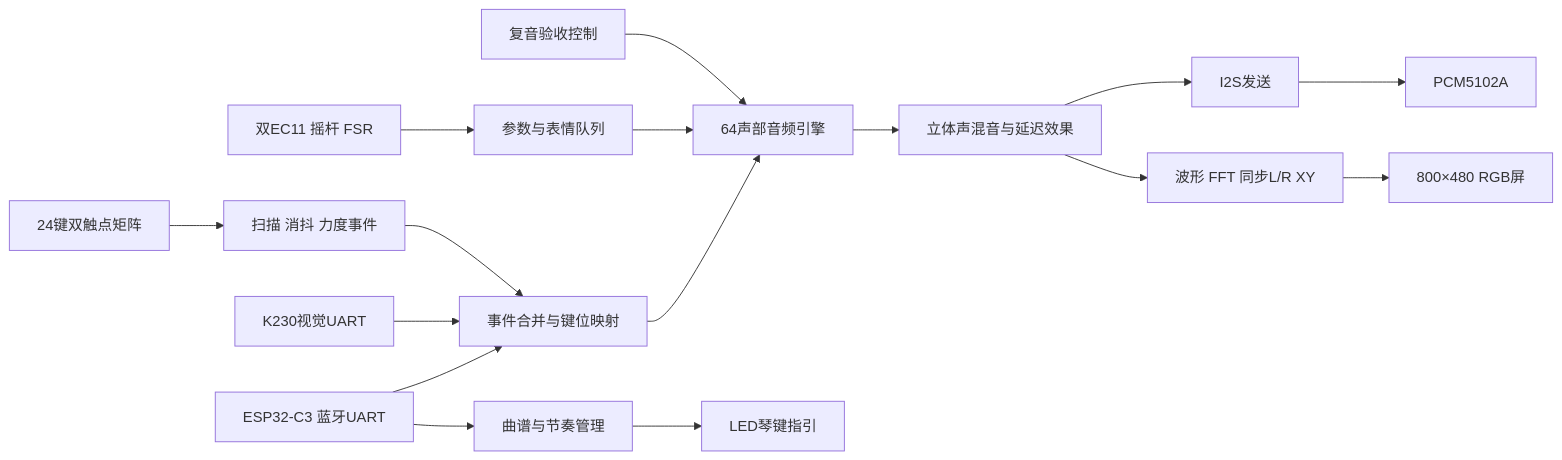
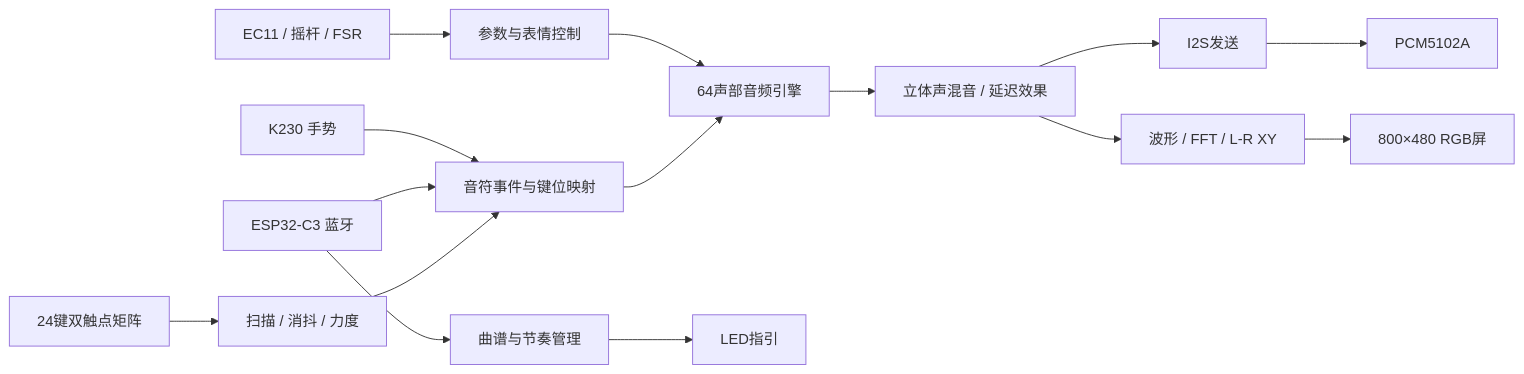
Before and after one commit to user-lqt/gowin-fpga-instrument-138k: the diagram in docs/ARCHITECTURE.md, drawn with Mermaid. The commit also changed other lines of this file and 342 other files, not shown here.

````diff
--- a/docs/ARCHITECTURE.md
+++ b/docs/ARCHITECTURE.md
@@ -5,18 +3,17 @@
 ```mermaid
 flowchart LR
-  K[24键双触点矩阵] --> I[扫描 消抖 力度事件]
-  B[ESP32-C3 蓝牙UART] --> M[事件合并与键位映射]
-  V[K230视觉UART] --> M
-  I --> M
-  E[双EC11 摇杆 FSR] --> P[参数与表情队列]
+  K[24键双触点矩阵] --> I[扫描 / 消抖 / 力度]
+  I --> M[音符事件与键位映射]
+  B[ESP32-C3 蓝牙] --> M
+  V[K230 手势] --> M
+  E[EC11 / 摇杆 / FSR] --> P[参数与表情控制]
   M --> A[64声部音频引擎]
   P --> A
-  T[复音验收控制] --> A
-  A --> F[立体声混音与延迟效果]
+  A --> F[立体声混音 / 延迟效果]
   F --> S[I2S发送]
   S --> D[PCM5102A]
-  F --> X[波形 FFT 同步L/R XY]
+  F --> X[波形 / FFT / L-R XY]
   X --> L[800×480 RGB屏]
   B --> Q[曲谱与节奏管理]
-  Q --> G[LED琴键指引]
+  Q --> G[LED指引]
 ```
````
